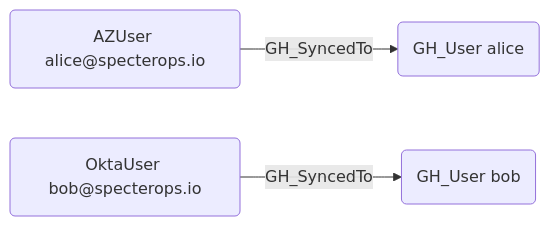
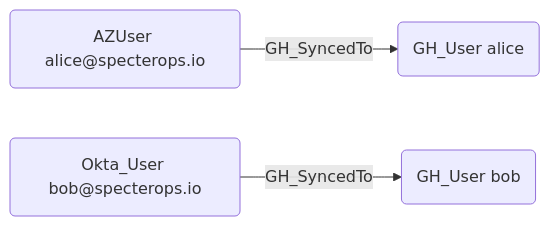
The diagram in Documentation/EdgeDescriptions/GH_SyncedTo.md (SpecterOps/GitHound), drawn with Mermaid before and after one commit. The commit also changed other lines of this file and 9 other files, not shown here.

````diff
--- a/Documentation/EdgeDescriptions/GH_SyncedTo.md
+++ b/Documentation/EdgeDescriptions/GH_SyncedTo.md
@@ -17,9 +17,9 @@
 ```mermaid
 graph LR
     azUser("AZUser alice@specterops.io")
-    oktaUser("OktaUser bob@specterops.io")
+    oktaUser("Okta_User bob@specterops.io")
     ghUser1("GH_User alice")
     ghUser2("GH_User bob")
     azUser -- GH_SyncedTo --> ghUser1
     oktaUser -- GH_SyncedTo --> ghUser2
 ```
````
